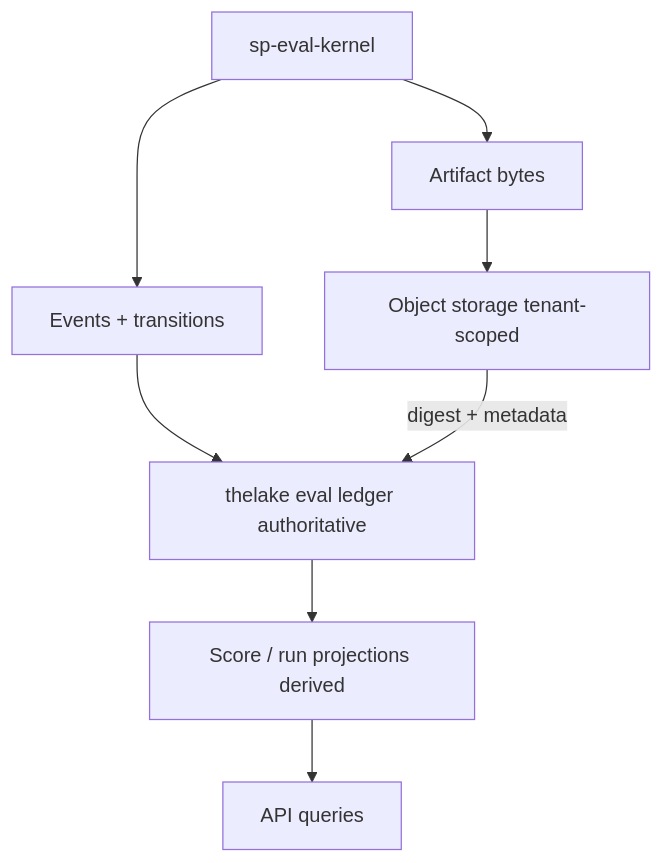
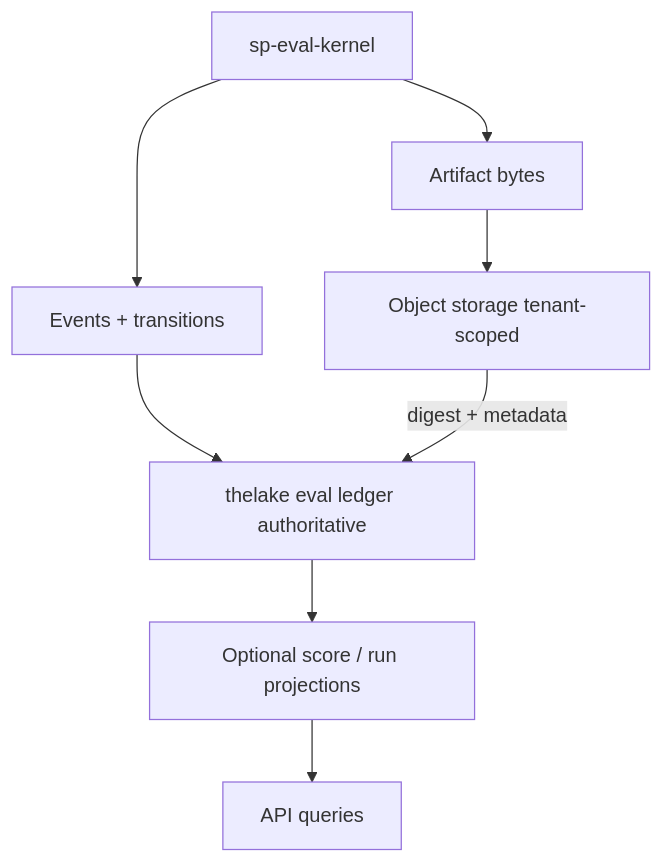
Before and after one commit to softprobe/document-website: the first of 2 diagrams in en/evaluation/architecture/storage-and-thelake.md, drawn with Mermaid. The commit also changed other lines of this file and 57 other files, not shown here.

````diff
--- a/en/evaluation/architecture/storage-and-thelake.md
+++ b/en/evaluation/architecture/storage-and-thelake.md
@@ -11,14 +11,14 @@
 ```mermaid
 flowchart TB
   Kernel[sp-eval-kernel]
   Ev[Events + transitions]
   Art[Artifact bytes]
   Obj[Object storage tenant-scoped]
   Ledger[thelake eval ledger authoritative]
-  Proj[Score / run projections derived]
+  Proj[Optional score / run projections]
   Query[API queries]
   Kernel --> Ev --> Ledger
   Kernel --> Art --> Obj
   Obj -->|digest + metadata| Ledger
   Ledger --> Proj --> Query
 ```
````
